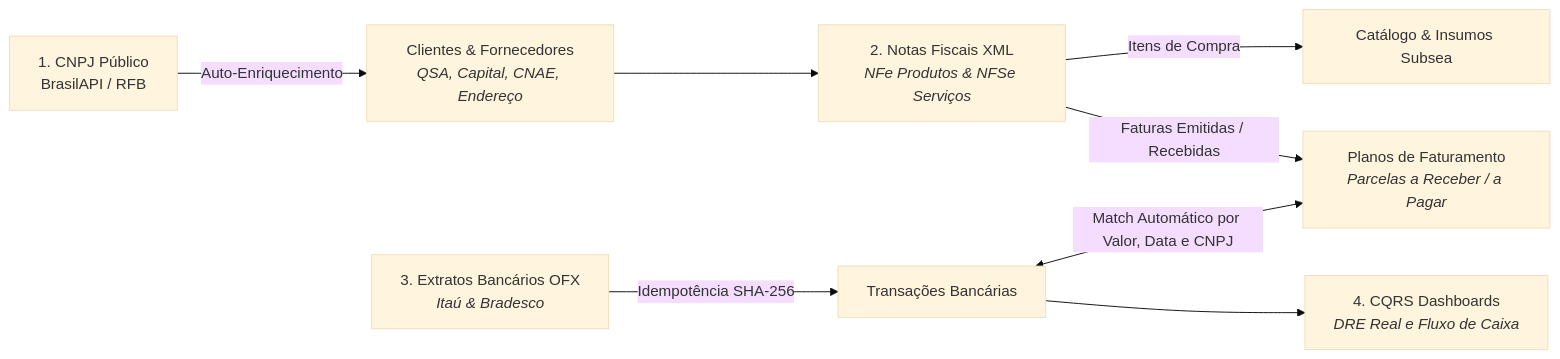
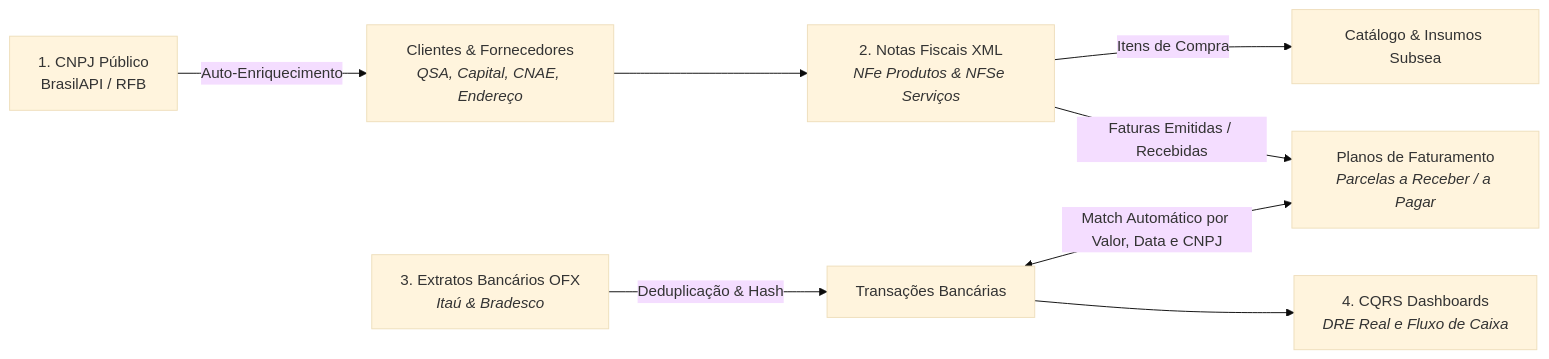
Before and after one commit to mitangbrasilcomercio-creator/eco-mitang: the diagram in .agents/skills/unified-financial-ecosystem/SKILL.md, drawn with Mermaid (base theme). The commit also changed other lines of this file and 36 other files, not shown here.

````diff
--- a/.agents/skills/unified-financial-ecosystem/SKILL.md
+++ b/.agents/skills/unified-financial-ecosystem/SKILL.md
@@ -16,10 +16,10 @@
 ```mermaid
 flowchart LR
     A[1. CNPJ Público<br/>BrasilAPI / RFB] -->|Auto-Enriquecimento| B[Clientes & Fornecedores<br/><i>QSA, Capital, CNAE, Endereço</i>]
     B --> C[2. Notas Fiscais XML<br/><i>NFe Produtos & NFSe Serviços</i>]
     C -->|Itens de Compra| D[Catálogo & Insumos Subsea]
     C -->|Faturas Emitidas / Recebidas| E[Planos de Faturamento<br/><i>Parcelas a Receber / a Pagar</i>]
-    F[3. Extratos Bancários OFX<br/><i>Itaú & Bradesco</i>] -->|Idempotência SHA-256| G[Transações Bancárias]
+    F[3. Extratos Bancários OFX<br/><i>Itaú & Bradesco</i>] -->|Deduplicação & Hash| G[Transações Bancárias]
     G <-->|Match Automático por Valor, Data e CNPJ| E
     G --> H[4. CQRS Dashboards<br/><i>DRE Real e Fluxo de Caixa</i>]
 ```
````
